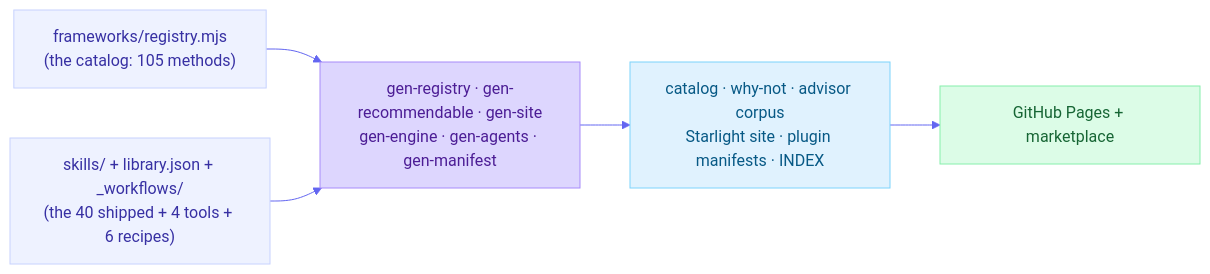
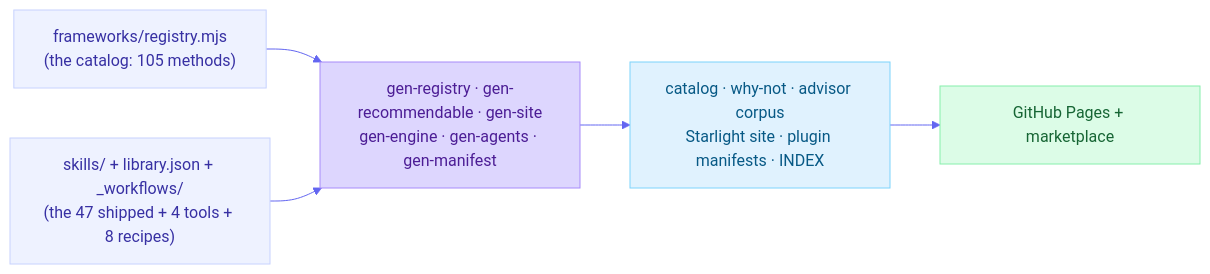
Before and after one commit to product-on-purpose/thinking-framework-skills: the diagram in docs/architecture.md, drawn with Mermaid. The commit also changed other lines of this file and 81 other files, not shown here.

````diff
--- a/docs/architecture.md
+++ b/docs/architecture.md
@@ -47,16 +47,16 @@
 ```mermaid
 %%{init: {'theme':'base','themeVariables':{'primaryColor':'#eef2ff','primaryBorderColor':'#c7d2fe','lineColor':'#6366f1'}}}%%
 graph LR
   reg["frameworks/registry.mjs<br/>(the catalog: 105 methods)"]:::source
-  skl["skills/ + library.json + _workflows/<br/>(the 40 shipped + 4 tools + 6 recipes)"]:::source
+  skl["skills/ + library.json + _workflows/<br/>(the 47 shipped + 4 tools + 8 recipes)"]:::source
   gen["gen-registry · gen-recommendable · gen-site<br/>gen-engine · gen-agents · gen-manifest"]:::build
   views["catalog · why-not · advisor corpus<br/>Starlight site · plugin manifests · INDEX"]:::site
   pages["GitHub Pages + marketplace"]:::deploy
   reg --> gen
   skl --> gen
   gen --> views --> pages
   classDef source fill:#eef2ff,stroke:#c7d2fe,color:#3730a3;
   classDef build fill:#ddd6fe,stroke:#a78bfa,color:#4c1d95;
   classDef site fill:#e0f2fe,stroke:#7dd3fc,color:#075985;
   classDef deploy fill:#dcfce7,stroke:#86efac,color:#166534;
 ```
````
